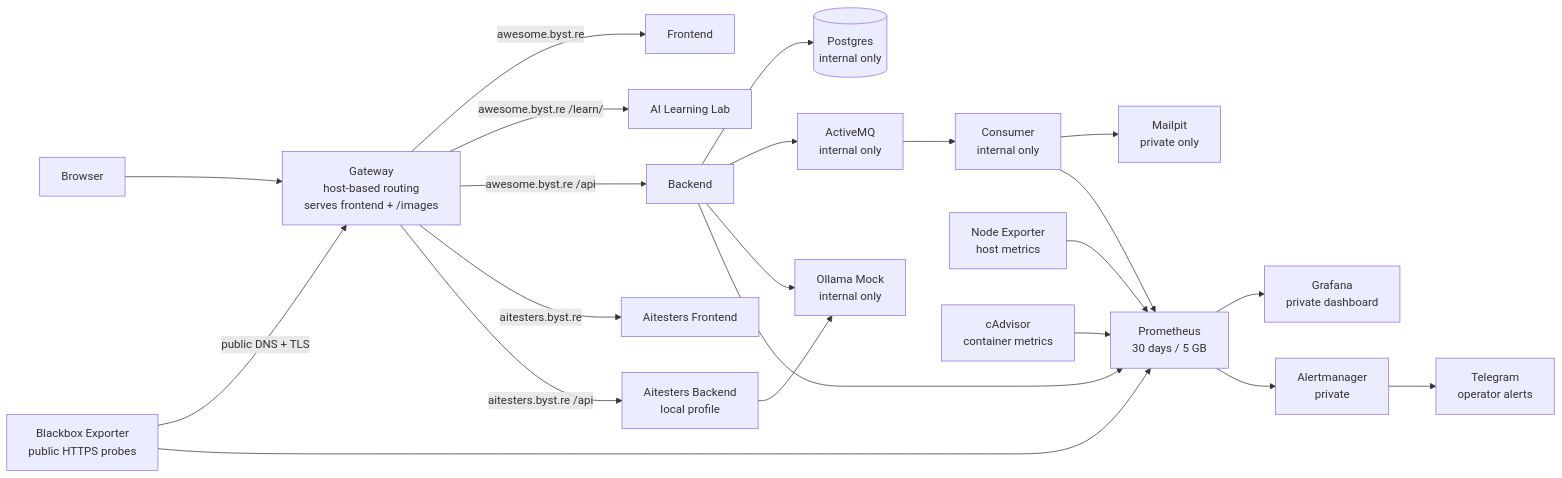
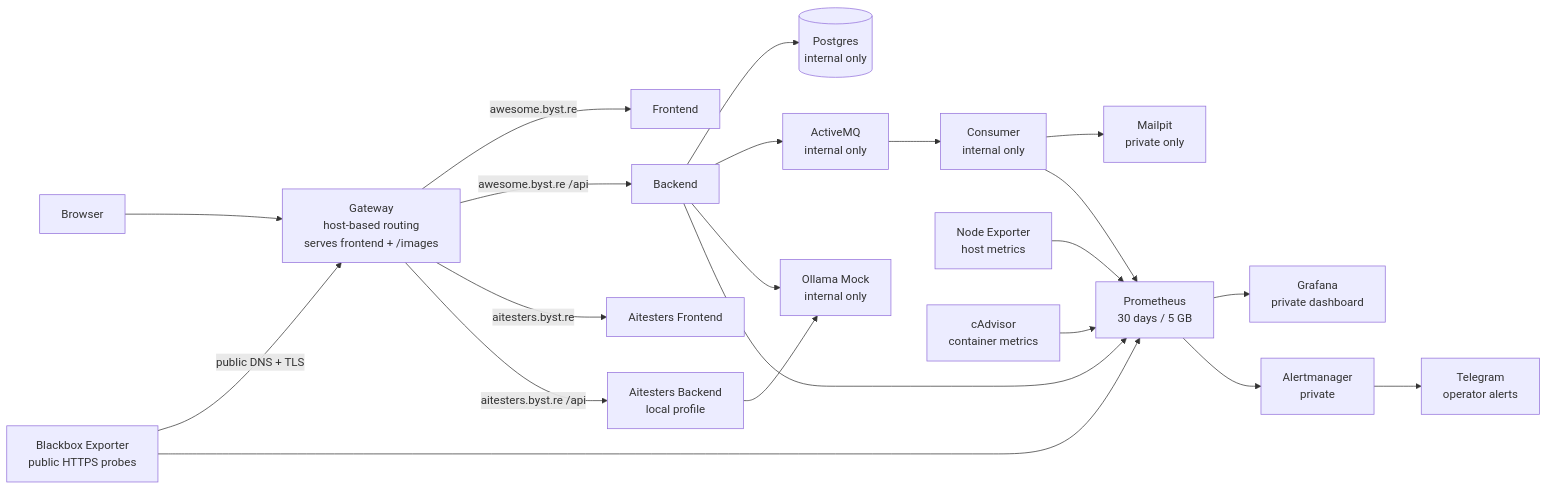
The third of 3 diagrams in README.md (slawekradzyminski/awesome-localstack), drawn with Mermaid before and after one commit. The commit also changed other lines of this file and 27 other files, not shown here.

Commit message:
Retire standalone AI Learning Lab

````diff
--- a/README.md
+++ b/README.md
@@ -394,44 +356,42 @@
 ```mermaid
 flowchart LR
     U[Browser]
     G[Gateway<br/>host-based routing<br/>serves frontend + /images]
     F[Frontend]
-    L[AI Learning Lab]
     B[Backend]
     AF[Aitesters Frontend]
     AB[Aitesters Backend<br/>local profile]
     DB[(Postgres<br/>internal only)]
     MQ[ActiveMQ<br/>internal only]
     C[Consumer<br/>internal only]
     M[Mailpit<br/>private only]
     O[Ollama Mock<br/>internal only]
     N[Node Exporter<br/>host metrics]
     CA[cAdvisor<br/>container metrics]
     BB[Blackbox Exporter<br/>public HTTPS probes]
     P[Prometheus<br/>30 days / 5 GB]
     AM[Alertmanager<br/>private]
     T[Telegram<br/>operator alerts]
     GR[Grafana<br/>private dashboard]
 
     U --> G
     G -->|awesome.byst.re| F
-    G -->|awesome.byst.re /learn/| L
     G -->|awesome.byst.re /api| B
     G -->|aitesters.byst.re| AF
     G -->|aitesters.byst.re /api| AB
     B --> DB
     B --> MQ
     MQ --> C
     C --> M
     B --> O
     AB --> O
     N --> P
     CA --> P
     BB -->|public DNS + TLS| G
     BB --> P
     B --> P
     C --> P
     P --> GR
     P --> AM
     AM --> T
 ```
````
